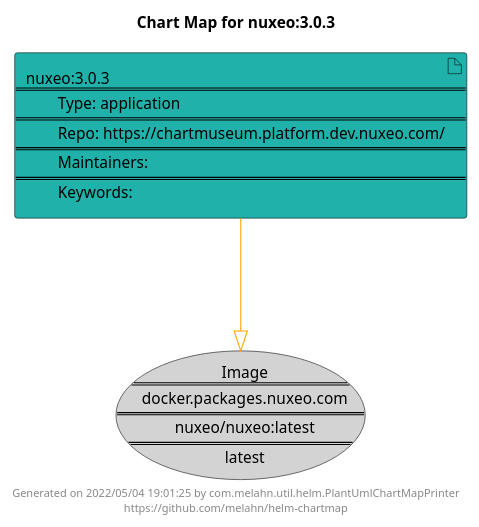
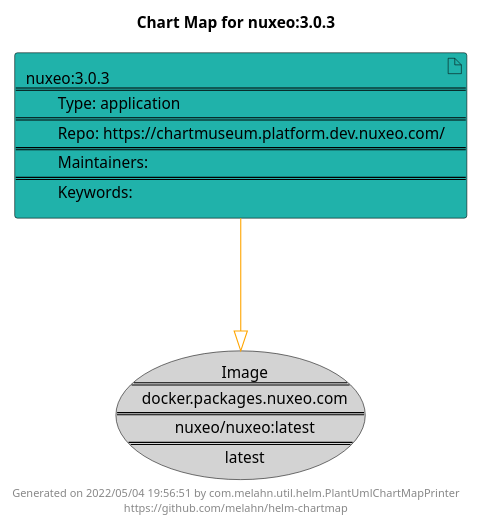
One commit to melahn/helm-chartmap changed the diagram in docs/nuxeo/nuxeo-3.0.3.puml. Above: the diagram before and after it, drawn with PlantUML. The commit also changed 56 other files, not shown here.

Commit message:
Update Example Chart Maps as part of GitHub build

```diff
--- a/docs/nuxeo/nuxeo-3.0.3.puml
+++ b/docs/nuxeo/nuxeo-3.0.3.puml
@@ -1,21 +1,21 @@
 @startuml
 skinparam linetype ortho
 skinparam backgroundColor white
 skinparam usecaseBorderColor black
 skinparam usecaseArrowColor LightSlateGray
 skinparam artifactBorderColor black
 skinparam artifactArrowColor LightSlateGray
 
 title Chart Map for nuxeo:3.0.3
 
 'There is one referenced Helm Chart
 artifact "nuxeo:3.0.3\n====\n\tType: application\n====\n\tRepo: https://chartmuseum.platform.dev.nuxeo.com/\n====\n\tMaintainers: \n====\n\tKeywords: " as nuxeo_3_0_3 #LightSeaGreen
 
 'There is one referenced Docker Image
 usecase "Image\n====\ndocker.packages.nuxeo.com\n====\nnuxeo/nuxeo:latest\n====\nlatest" as docker_packages_nuxeo_com_nuxeo_nuxeo_latest #LightGray
 
 'Chart Dependencies
 nuxeo_3_0_3--[#orange]-|>docker_packages_nuxeo_com_nuxeo_nuxeo_latest
 
-center footer Generated on 2022/05/04 19:01:25 by com.melahn.util.helm.PlantUmlChartMapPrinter\nhttps://github.com/melahn/helm-chartmap
+center footer Generated on 2022/05/04 19:56:51 by com.melahn.util.helm.PlantUmlChartMapPrinter\nhttps://github.com/melahn/helm-chartmap
 @enduml
```
